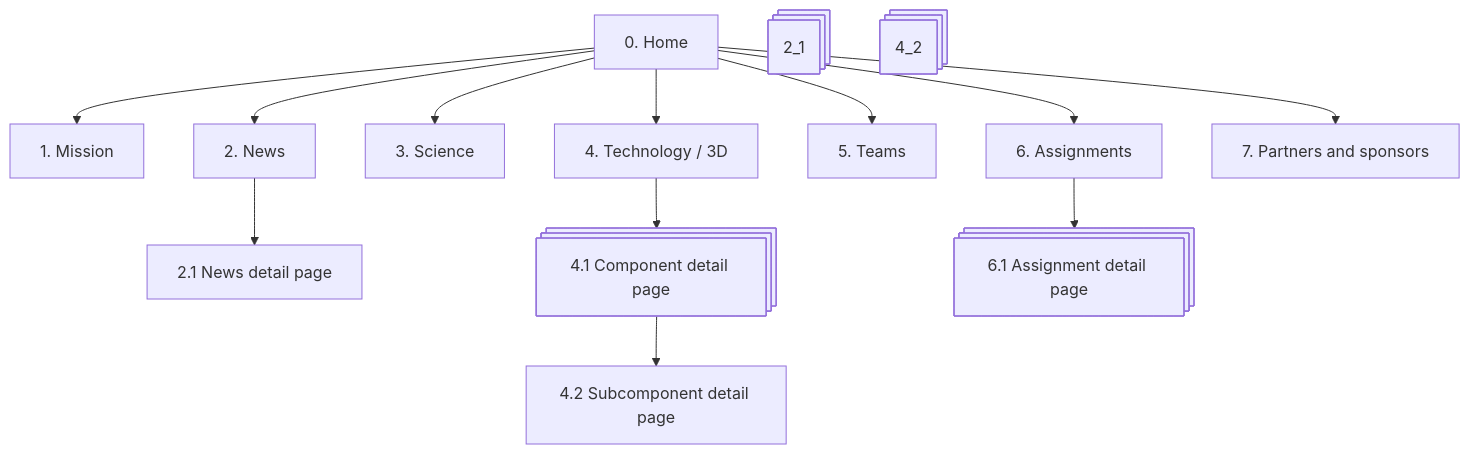
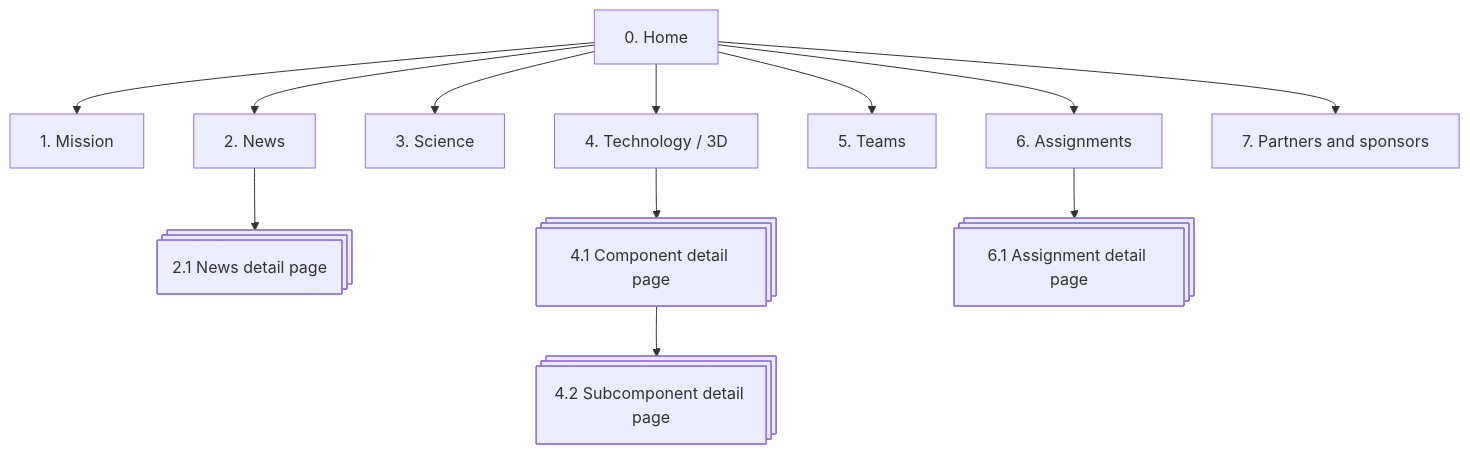
Before and after one commit to fdnd-agency/nebulaxplorer: the diagram in docs/sitemap.md, drawn with Mermaid.

Commit message:
fix: typos removed #600

````diff
--- a/docs/sitemap.md
+++ b/docs/sitemap.md
@@ -5,24 +5,24 @@
 ```mermaid
    flowchart TD
     
     0[0. Home]
     0 --> 1[1. Mission]
 
     0 --> 2[2. News]
     0 --> 3[3. Science]
     0 --> 4[4. Technology / 3D]
     0 --> 5[5. Teams]
     0 --> 6[6. Assignments]
     0 --> 7[7. Partners and sponsors]
 
-    2 --> 2-_1[2.1 News detail page]
+    2 --> 2_1[2.1 News detail page]
     2_1@{ shape: procs}
 
     4 --> 4_1[4.1 Component detail page]
     4_1@{ shape: procs}
-    4_1 --> 4.2[4.2 Subcomponent detail page]
+    4_1 --> 4_2[4.2 Subcomponent detail page]
     4_2@{ shape: procs}
 
     6 --> 6_1[6.1 Assignment detail page]   
     6_1@{ shape: procs}
 ```
````
